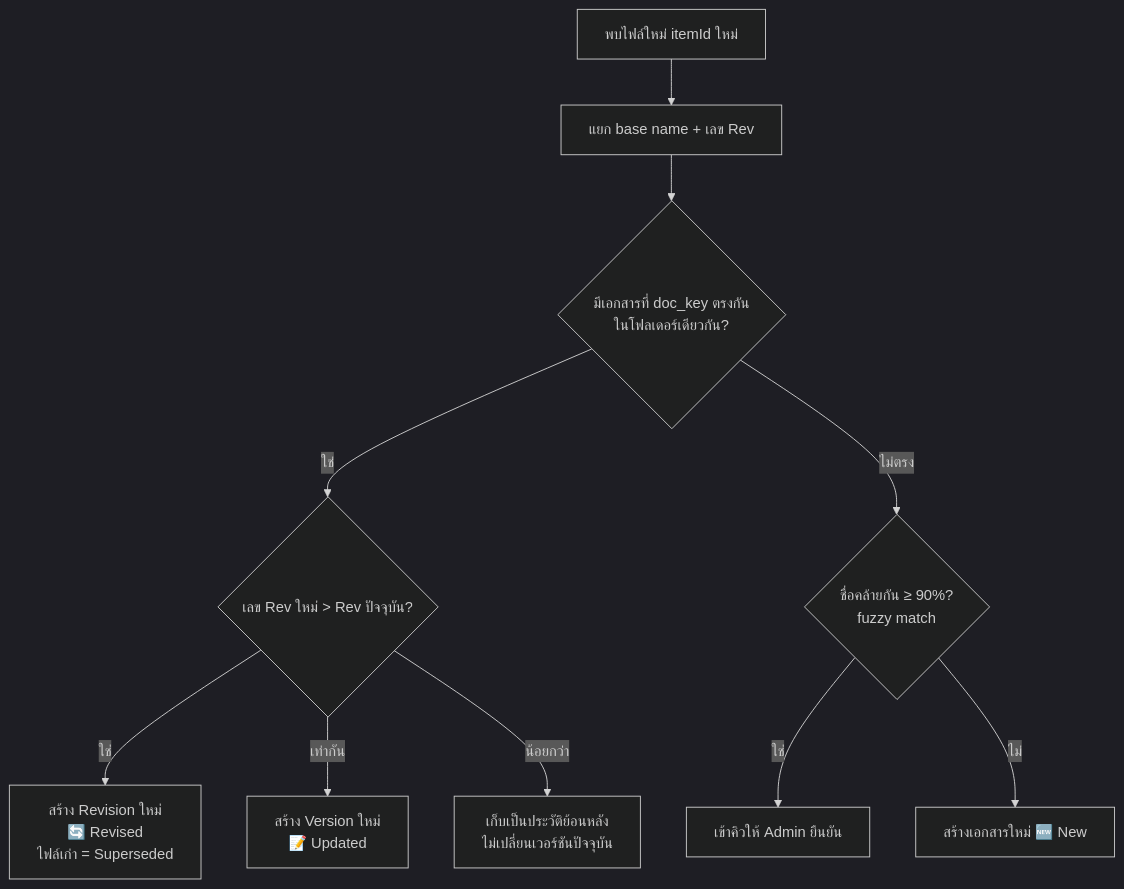
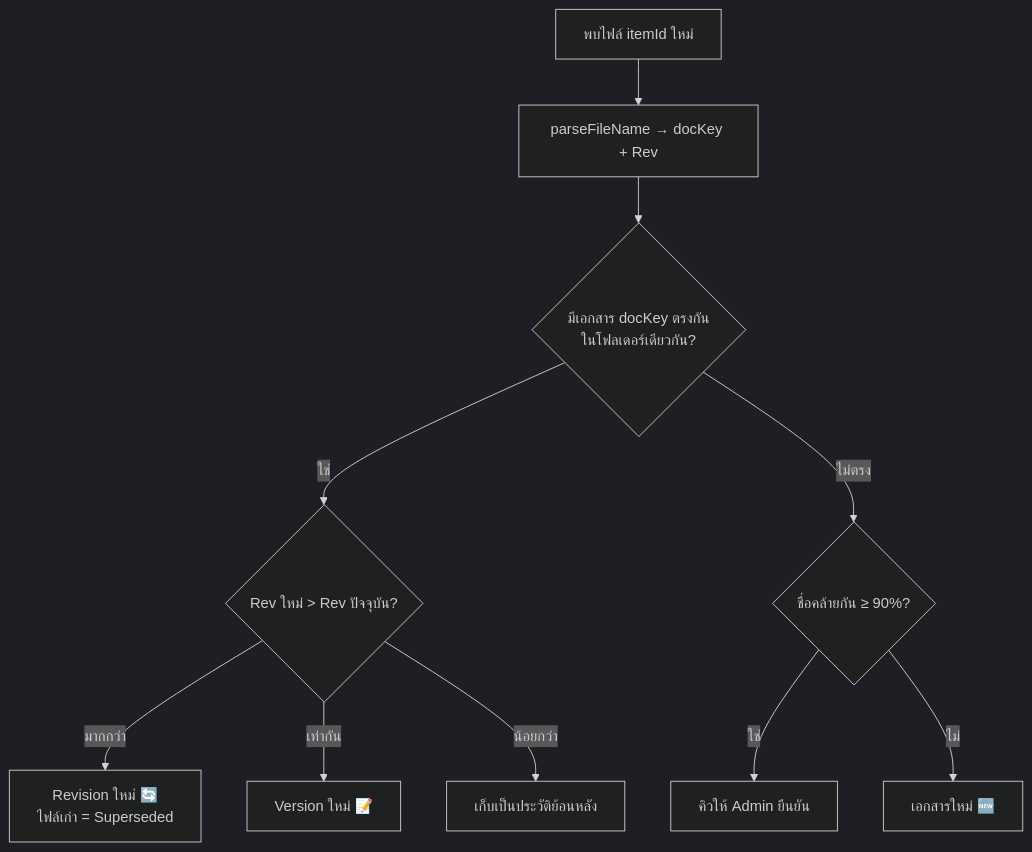
The second of 3 diagrams in docs/SYSTEM_DESIGN.md (Hanabishi-Daihen/Document_Schematic), drawn with Mermaid (dark theme) before and after one commit. The commit also changed other lines of this file and 1 other file, not shown here.

````diff
--- a/docs/SYSTEM_DESIGN.md
+++ b/docs/SYSTEM_DESIGN.md
@@ -152,12 +192,12 @@
 ```mermaid
 flowchart TD
-    A[พบไฟล์ใหม่ itemId ใหม่] --> B[แยก base name + เลข Rev]
-    B --> C{มีเอกสารที่ doc_key ตรงกัน<br/>ในโฟลเดอร์เดียวกัน?}
-    C -->|ใช่| D{เลข Rev ใหม่ > Rev ปัจจุบัน?}
-    D -->|ใช่| E[สร้าง Revision ใหม่<br/>🔄 Revised<br/>ไฟล์เก่า = Superseded]
-    D -->|เท่ากัน| F[สร้าง Version ใหม่<br/>📝 Updated]
-    D -->|น้อยกว่า| G[เก็บเป็นประวัติย้อนหลัง<br/>ไม่เปลี่ยนเวอร์ชันปัจจุบัน]
-    C -->|ไม่ตรง| H{ชื่อคล้ายกัน ≥ 90%?<br/>fuzzy match}
-    H -->|ใช่| I[เข้าคิวให้ Admin ยืนยัน]
-    H -->|ไม่| J[สร้างเอกสารใหม่ 🆕 New]
+    A[พบไฟล์ itemId ใหม่] --> B[parseFileName → docKey + Rev]
+    B --> C{มีเอกสาร docKey ตรงกัน<br/>ในโฟลเดอร์เดียวกัน?}
+    C -->|ใช่| D{Rev ใหม่ > Rev ปัจจุบัน?}
+    D -->|มากกว่า| E[Revision ใหม่ 🔄<br/>ไฟล์เก่า = Superseded]
+    D -->|เท่ากัน| F[Version ใหม่ 📝]
+    D -->|น้อยกว่า| G[เก็บเป็นประวัติย้อนหลัง]
+    C -->|ไม่ตรง| H{ชื่อคล้ายกัน ≥ 90%?}
+    H -->|ใช่| I[คิวให้ Admin ยืนยัน]
+    H -->|ไม่| J[เอกสารใหม่ 🆕]
 ```
````
